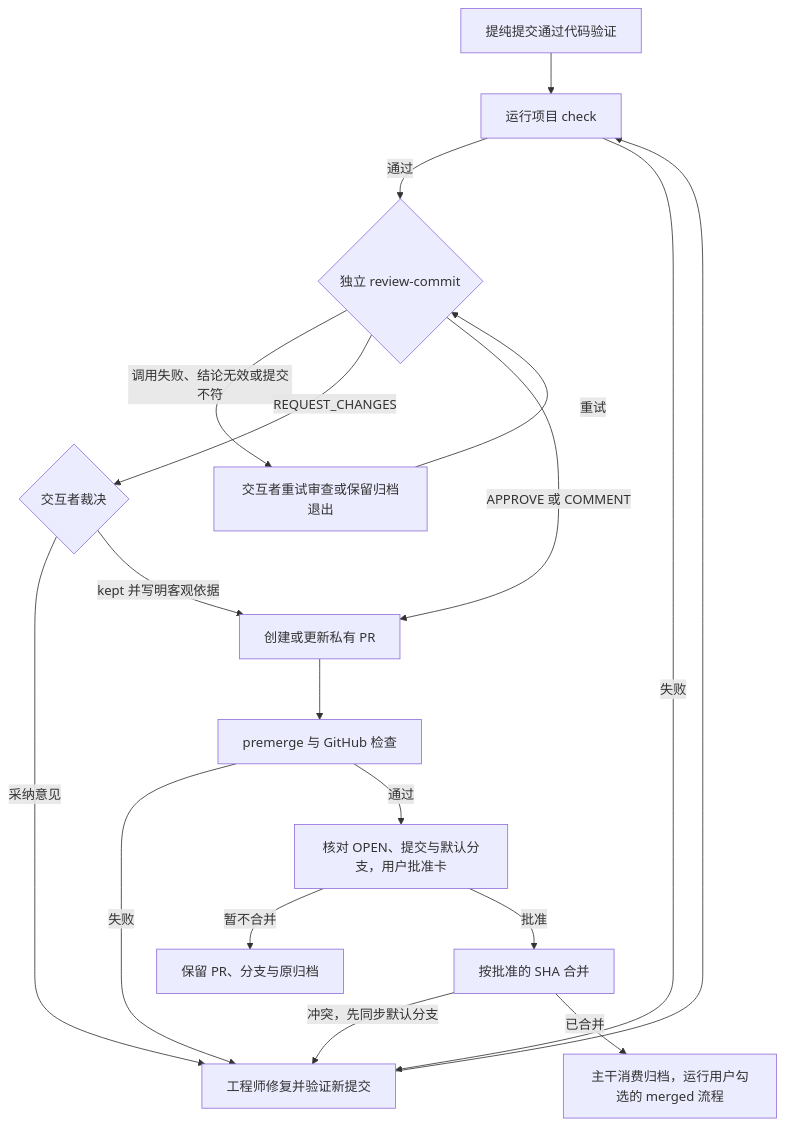
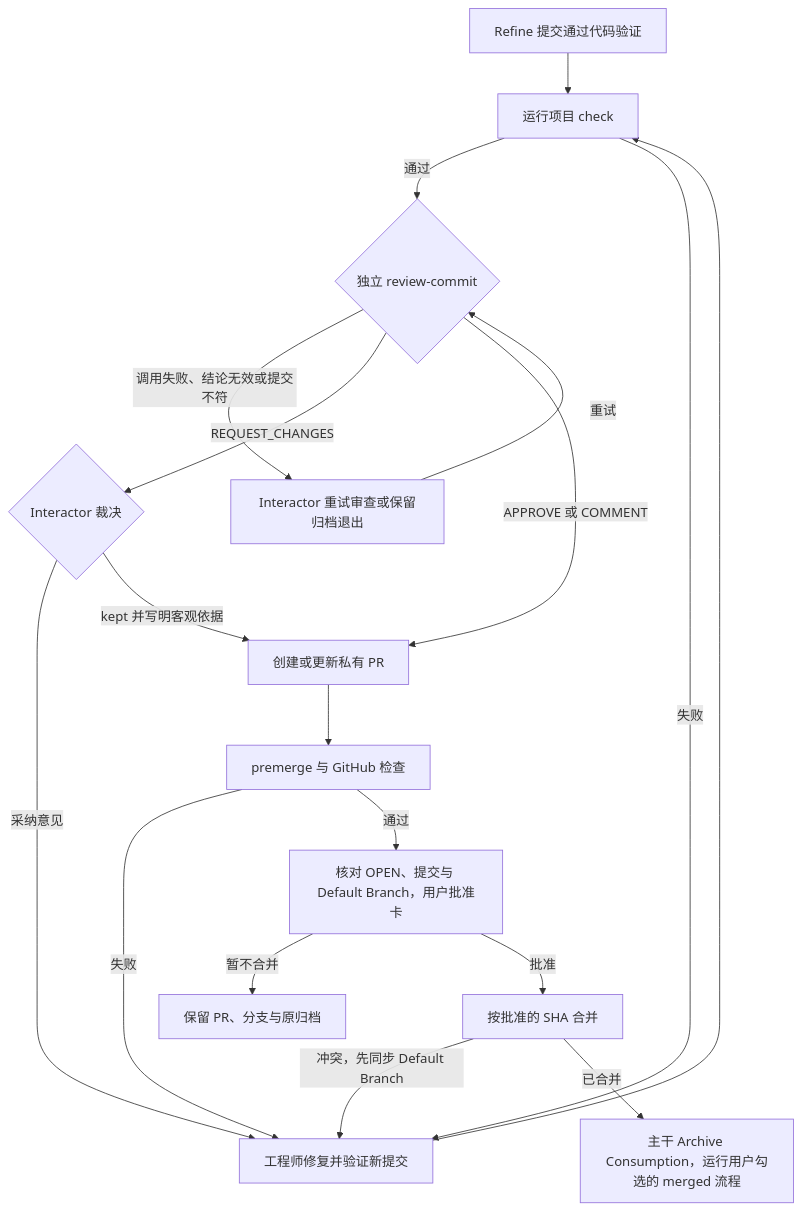
The diagram in plugins/dickda/skills/dickda/references/workflows.md (xtlys/coda-plugins), drawn with Mermaid before and after one commit. The commit also changed other lines of this file and 27 other files, not shown here.

````diff
--- a/plugins/dickda/skills/dickda/references/workflows.md
+++ b/plugins/dickda/skills/dickda/references/workflows.md
@@ -44,20 +44,20 @@
 ```mermaid
 flowchart TD
-    C["提纯提交通过代码验证"] --> H["运行项目 check"]
+    C["Refine 提交通过代码验证"] --> H["运行项目 check"]
     H -->|"通过"| R{"独立 review-commit"}
     H -->|"失败"| F["工程师修复并验证新提交"]
-    R -->|"调用失败、结论无效或提交不符"| T["交互者重试审查或保留归档退出"]
+    R -->|"调用失败、结论无效或提交不符"| T["Interactor 重试审查或保留归档退出"]
     T -->|"重试"| R
-    R -->|"REQUEST_CHANGES"| D{"交互者裁决"}
+    R -->|"REQUEST_CHANGES"| D{"Interactor 裁决"}
     D -->|"采纳意见"| F
     D -->|"kept 并写明客观依据"| P["创建或更新私有 PR"]
     R -->|"APPROVE 或 COMMENT"| P
     F --> H
     P --> G["premerge 与 GitHub 检查"]
     G -->|"失败"| F
-    G -->|"通过"| A["核对 OPEN、提交与默认分支，用户批准卡"]
+    G -->|"通过"| A["核对 OPEN、提交与 Default Branch，用户批准卡"]
     A -->|"暂不合并"| S["保留 PR、分支与原归档"]
     A -->|"批准"| M["按批准的 SHA 合并"]
-    M -->|"冲突，先同步默认分支"| F
-    M -->|"已合并"| E["主干消费归档，运行用户勾选的 merged 流程"]
+    M -->|"冲突，先同步 Default Branch"| F
+    M -->|"已合并"| E["主干 Archive Consumption，运行用户勾选的 merged 流程"]
 ```
````
